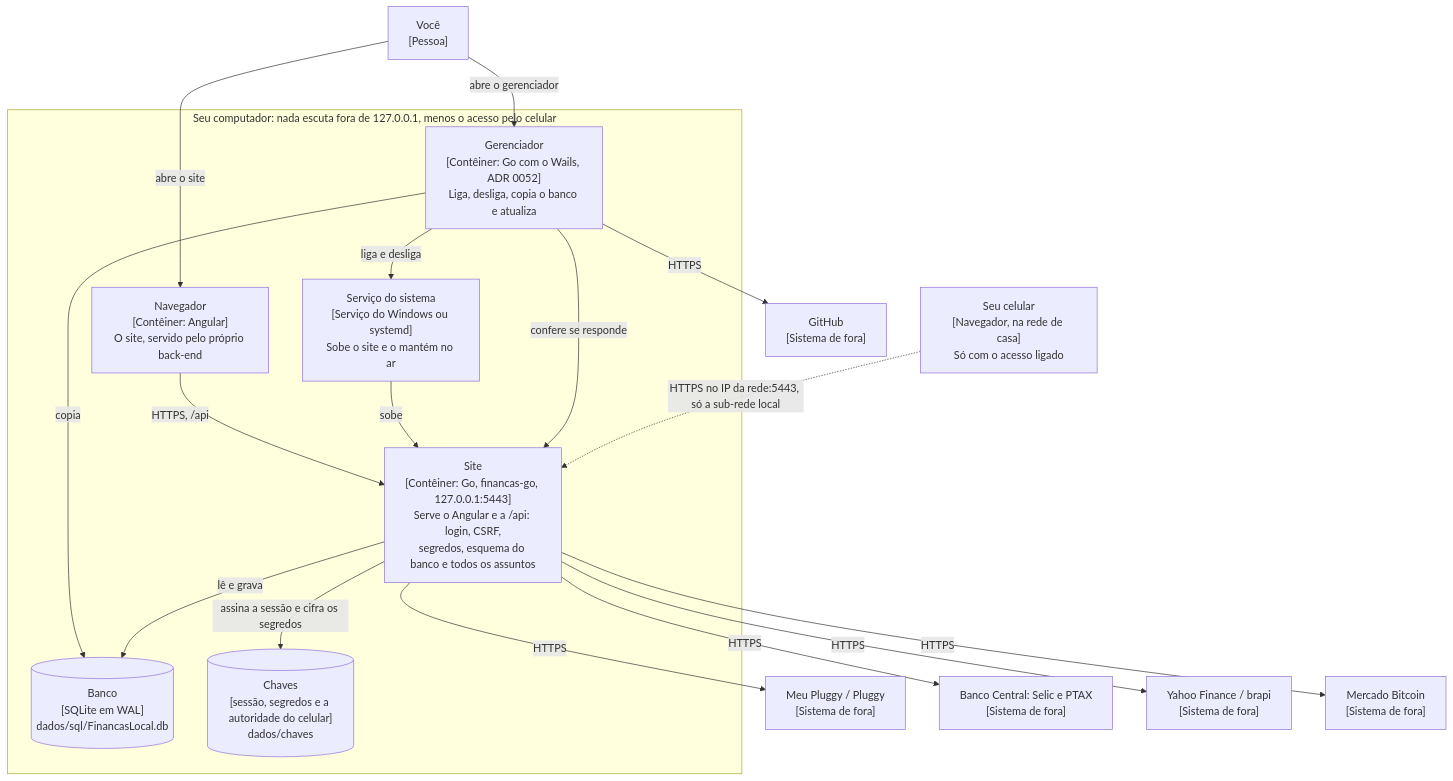
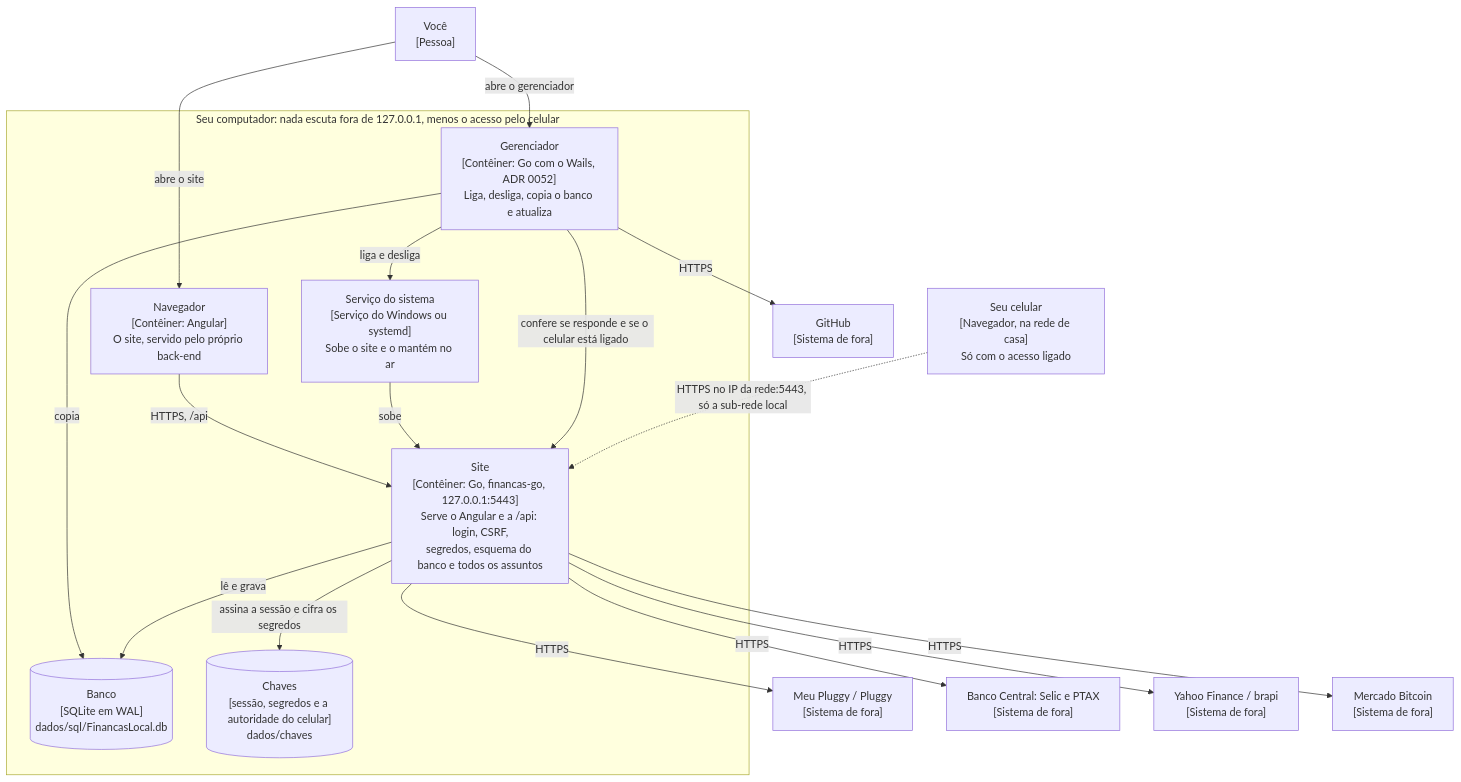
The second of 6 diagrams in docs/ARQUITETURA.md (LucasDesenvGit/financas-local), drawn with Mermaid before and after one commit. The commit also changed 18 other files, not shown here.

First line of the commit message:
feat(scripts): gerenciador mostra o acesso pelo celular e abre a tela para ligar ou desligar (#679)

````diff
--- a/docs/ARQUITETURA.md
+++ b/docs/ARQUITETURA.md
@@ -35,37 +35,37 @@
 ```mermaid
 flowchart TB
     pessoa["Você<br/>[Pessoa]"]
 
     subgraph computador["Seu computador: nada escuta fora de 127.0.0.1, menos o acesso pelo celular"]
         navegador["Navegador<br/>[Contêiner: Angular]<br/>O site, servido pelo próprio back-end"]
         servico["Serviço do sistema<br/>[Serviço do Windows ou systemd]<br/>Sobe o site e o mantém no ar"]
         gerenciador["Gerenciador<br/>[Contêiner: Go com o Wails, ADR 0052]<br/>Liga, desliga, copia o banco e atualiza"]
         site["Site<br/>[Contêiner: Go, financas-go, 127.0.0.1:5443]<br/>Serve o Angular e a /api: login, CSRF,<br/>segredos, esquema do banco e todos os assuntos"]
         banco[("Banco<br/>[SQLite em WAL]<br/>dados/sql/FinancasLocal.db")]
         chaves[("Chaves<br/>[sessão, segredos e a autoridade do celular]<br/>dados/chaves")]
     end
 
     celular["Seu celular<br/>[Navegador, na rede de casa]<br/>Só com o acesso ligado"]
 
     pluggy["Meu Pluggy / Pluggy<br/>[Sistema de fora]"]
     bcb["Banco Central: Selic e PTAX<br/>[Sistema de fora]"]
     cotacoes["Yahoo Finance / brapi<br/>[Sistema de fora]"]
     mercado["Mercado Bitcoin<br/>[Sistema de fora]"]
     github["GitHub<br/>[Sistema de fora]"]
 
     pessoa -- "abre o site" --> navegador
     pessoa -- "abre o gerenciador" --> gerenciador
     navegador -- "HTTPS, /api" --> site
     servico -- "sobe" --> site
     gerenciador -- "liga e desliga" --> servico
-    gerenciador -- "confere se responde" --> site
+    gerenciador -- "confere se responde e se o celular está ligado" --> site
     gerenciador -- "copia" --> banco
     site -- "lê e grava" --> banco
     site -- "assina a sessão e cifra os segredos" --> chaves
     site -- "HTTPS" --> pluggy
     site -- "HTTPS" --> bcb
     site -- "HTTPS" --> cotacoes
     site -- "HTTPS" --> mercado
     gerenciador -- "HTTPS" --> github
     celular -.->|"HTTPS no IP da rede:5443, só a sub-rede local"| site
 ```
````
